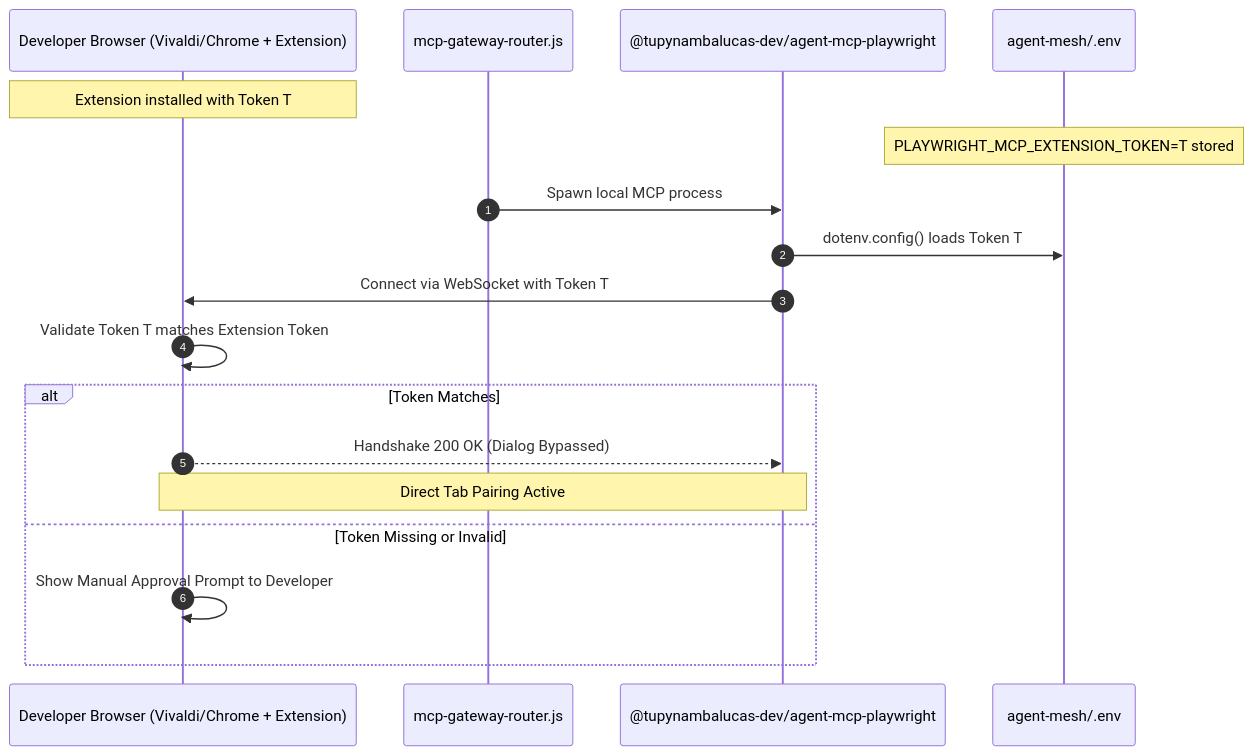
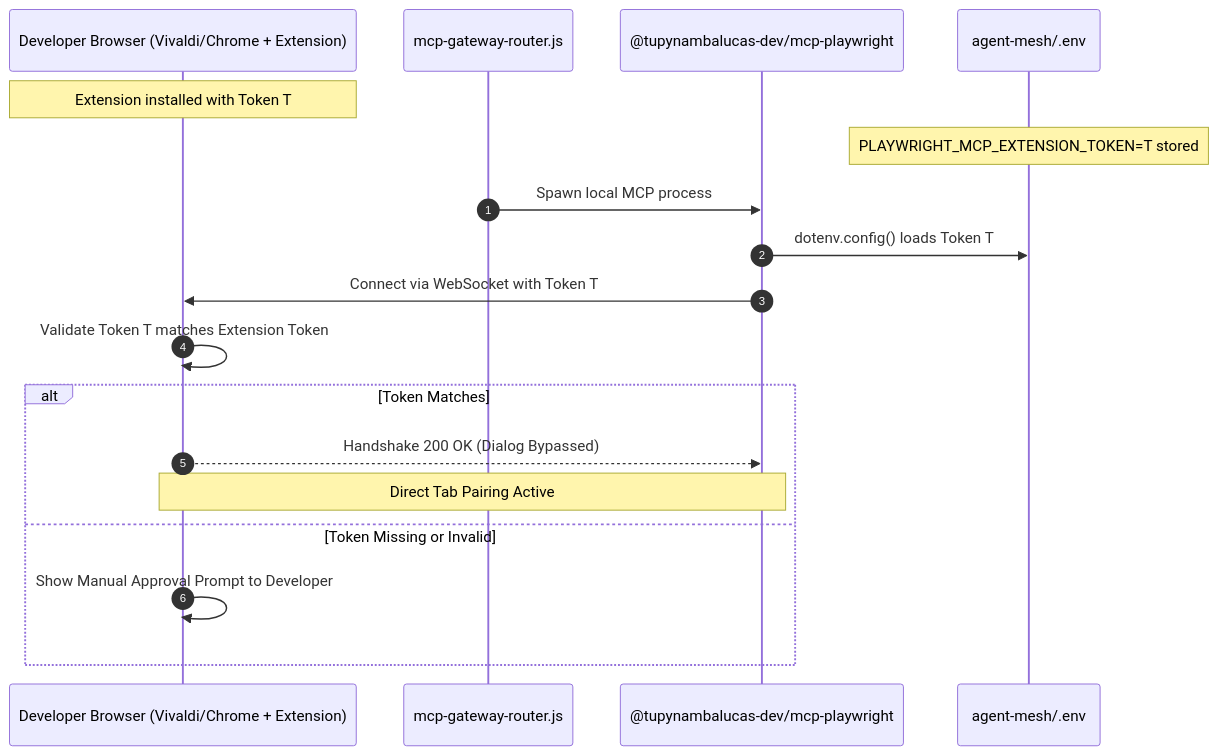
The diagram in mcp/packages/playwright/references/playwright-mcp-extension-bridge-and-token-spec.md (tupynambalucas-dev/agent-mesh), drawn with Mermaid before and after one commit. The commit also changed other lines of this file and 26 other files, not shown here.

````diff
--- a/mcp/packages/playwright/references/playwright-mcp-extension-bridge-and-token-spec.md
+++ b/mcp/packages/playwright/references/playwright-mcp-extension-bridge-and-token-spec.md
@@ -79,22 +79,22 @@
 ```mermaid
 sequenceDiagram
   autonumber
   participant Dev as Developer Browser (Vivaldi/Chrome + Extension)
   participant Router as mcp-gateway-router.js
-  participant MCP as @tupynambalucas-dev/agent-mcp-playwright
+  participant MCP as @tupynambalucas-dev/mcp-playwright
   participant Env as agent-mesh/.env
 
   Note over Dev: Extension installed with Token T
   Note over Env: PLAYWRIGHT_MCP_EXTENSION_TOKEN=T stored
 
   Router->>MCP: Spawn local MCP process
   MCP->>Env: dotenv.config() loads Token T
   MCP->>Dev: Connect via WebSocket with Token T
   Dev->>Dev: Validate Token T matches Extension Token
   alt Token Matches
     Dev-->>MCP: Handshake 200 OK (Dialog Bypassed)
     Note over MCP,Dev: Direct Tab Pairing Active
   else Token Missing or Invalid
     Dev->>Dev: Show Manual Approval Prompt to Developer
   end
 ```
````
